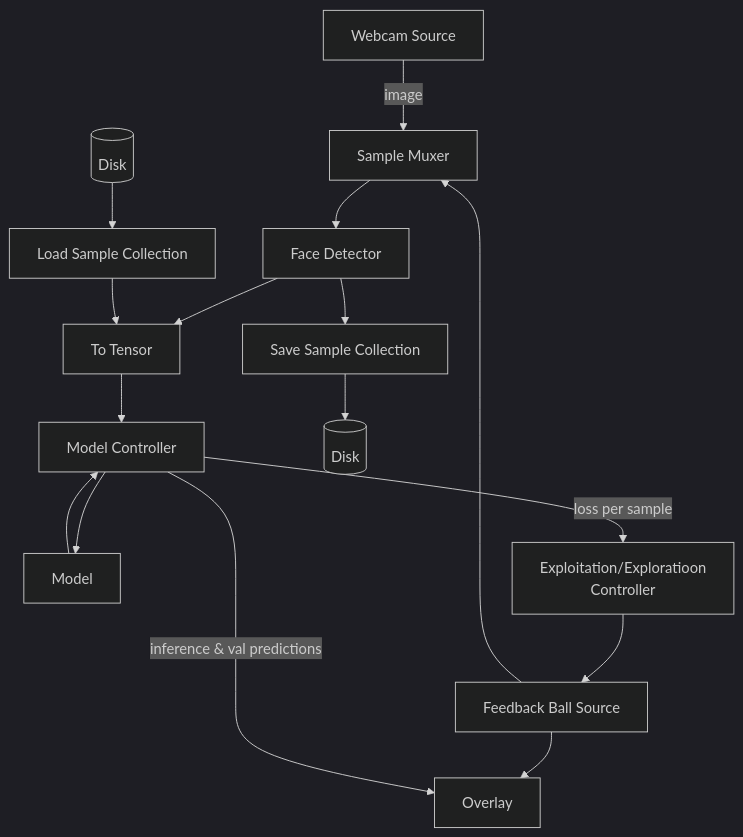
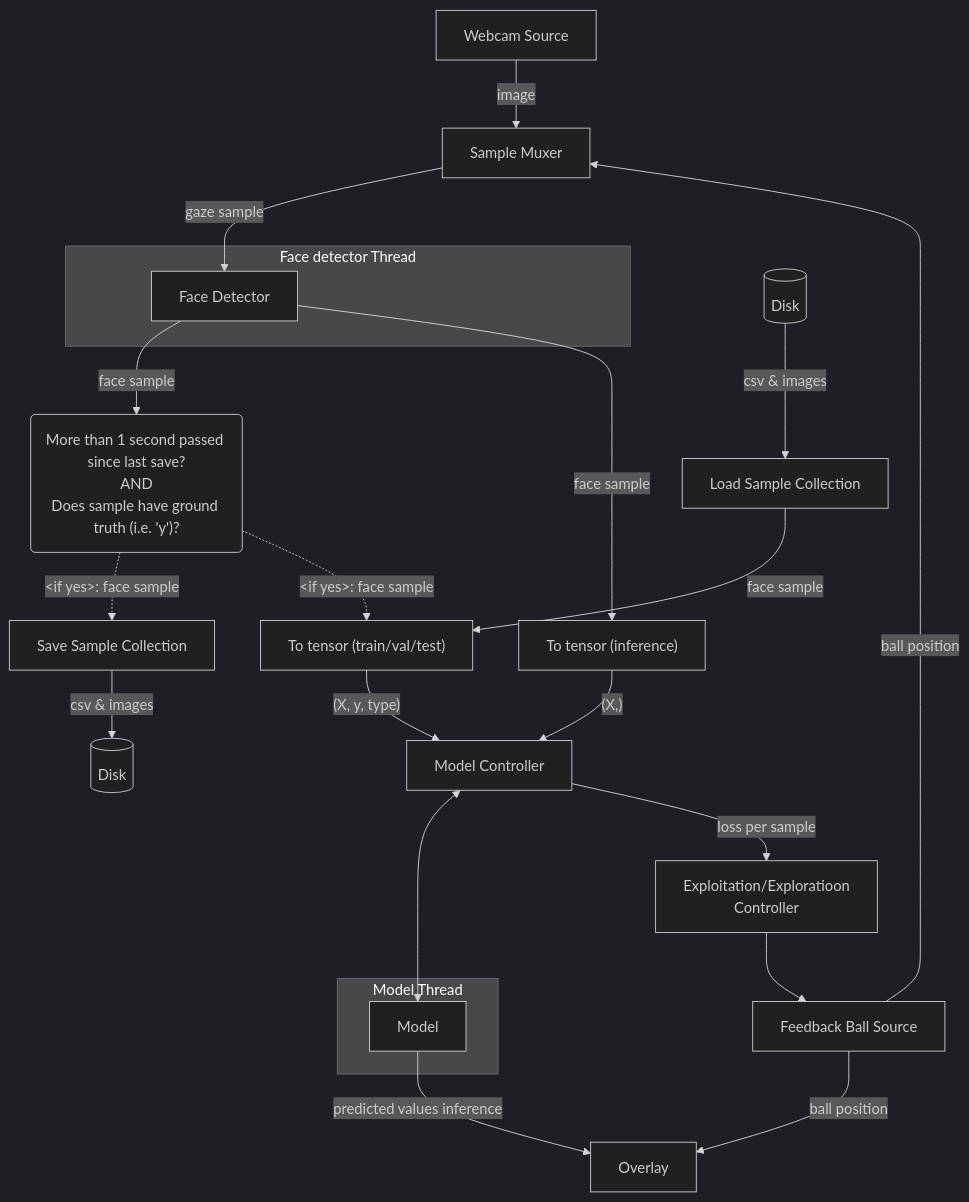
One commit to BertRamlot/FlexML changed the diagram in examples/eye_tracker/README.md. Above: the diagram before and after it, drawn with Mermaid (dark theme). The commit also changed other lines of this file and 3 other files, not shown here.

````diff
--- a/examples/eye_tracker/README.md
+++ b/examples/eye_tracker/README.md
@@ -31,32 +48,40 @@
 ```mermaid
 graph TD;
     img_src[Webcam Source]
     gt_src[Feedback Ball Source]
     sample_muxer[Sample Muxer]
     model_cntrl[Model Controller]
-    model_ele[Model]
+    subgraph model_thread["Model Thread"]
+        model_ele[Model]
+    end
     load_sample_coll[Load Sample Collection]
     save_sample_coll[Save Sample Collection]
-    gaze_to_face_convertor[Face Detector]
+    subgraph face_detector_thread["Face detector Thread"]
+        gaze_to_face_convertor[Face Detector]
+    end
     overlay[Overlay]
-    to_train_sample[To Tensor]
+    as_train_sample[To tensor &#40train/val/test&#41]
+    as_inference_sample[To tensor &#40inference&#41]
     explor_exploit[Exploitation/Exploratioon\nController]
     disk_input[(Disk)]
     disk_output[(Disk)]
+    sample_filter(More than 1 second passed since last save?\nAND\nDoes sample have ground truth &#40i.e. 'y'&#41?)
 
     img_src-->|image|sample_muxer
-    gt_src-->sample_muxer
-    gt_src-->overlay
-    sample_muxer-->gaze_to_face_convertor
-    gaze_to_face_convertor-->to_train_sample
-    gaze_to_face_convertor-->save_sample_coll
-    save_sample_coll-->disk_output
-    disk_input-->load_sample_coll
-    load_sample_coll-->to_train_sample
-    to_train_sample-->model_cntrl
-    model_cntrl-->model_ele
+    gt_src-->|ball position|sample_muxer
+    gt_src-->|ball position|overlay
+    sample_muxer-->|gaze sample|gaze_to_face_convertor
+    gaze_to_face_convertor-->|face sample|sample_filter
+    sample_filter-.->|&#60if yes&#62: face sample|save_sample_coll
+    sample_filter-.->|&#60if yes&#62: face sample|as_train_sample
+    gaze_to_face_convertor-->|face sample|as_inference_sample
+    save_sample_coll-->|csv & images|disk_output
+    disk_input-->|csv & images|load_sample_coll
+    load_sample_coll-->|face sample|as_train_sample
+    as_train_sample-->|&#40X, y, type&#41|model_cntrl
+    as_inference_sample-->|&#40X,&#41|model_cntrl
+    model_cntrl<-->model_ele
     model_cntrl-->|loss per sample|explor_exploit
     explor_exploit-->gt_src
-    model_ele-->model_cntrl
-    model_cntrl-->|inference & val predictions|overlay
+    model_ele-->|predicted values inference|overlay
 ```
````
